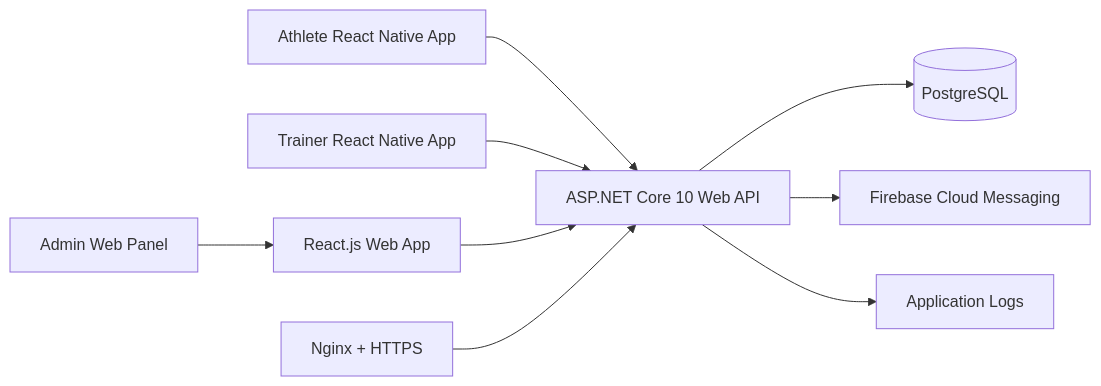
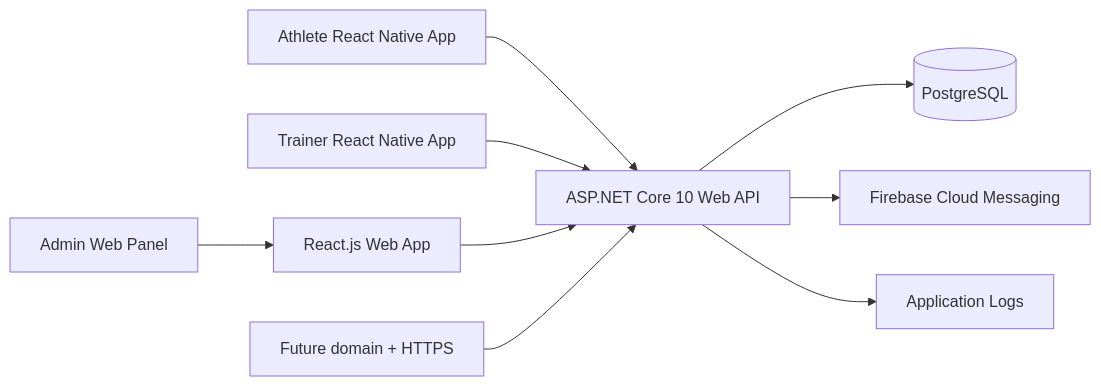
The diagram in docs/02-system-architecture.md (fatihkesik01/TrackMe-Docs), drawn with Mermaid before and after one commit. The commit also changed other lines of this file and 7 other files, not shown here.

````diff
--- a/docs/02-system-architecture.md
+++ b/docs/02-system-architecture.md
@@ -19,11 +18,11 @@
 ```mermaid
 flowchart LR
     Athlete[Athlete React Native App] --> API[ASP.NET Core 10 Web API]
     Trainer[Trainer React Native App] --> API
     Web[React.js Web App] --> API
     Admin[Admin Web Panel] --> Web
     API --> DB[(PostgreSQL)]
     API --> FCM[Firebase Cloud Messaging]
     API --> Logs[Application Logs]
-    Nginx[Nginx + HTTPS] --> API
+    Domain[Future domain + HTTPS] --> API
 ```
````
